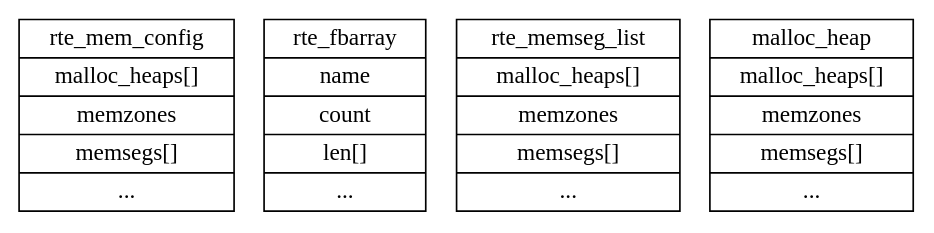
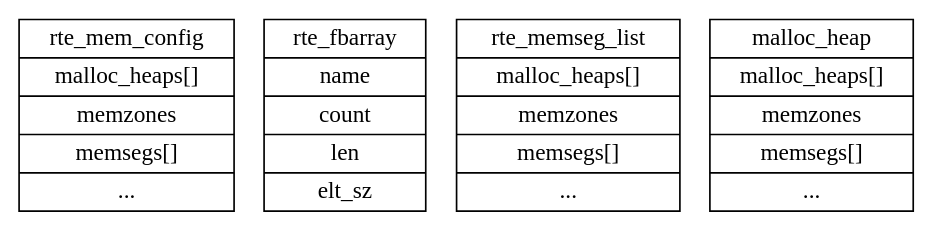
The diagram in dpdk/内存管理.md (sisyphus1212/note), drawn with Graphviz before and after one commit.

Commit message:
auto_update

````diff
--- a/dpdk/内存管理.md
+++ b/dpdk/内存管理.md
@@ -16,44 +16,44 @@
 ```graphviz
 digraph {
 	rte_mem_config[
 		label = "{
 		rte_mem_config|
         malloc_heaps[]|
 		memzones|
 		memsegs[]|
 		...
 		}",
 		shape = "record"
 	];
 	rte_fbarray[
 		label = "{
 		rte_fbarray|
         name|
 		count|
-		len[]|
-		...
+		len|
+		elt_sz
 		}",
 		shape = "record"
 	];
 	rte_memseg_list[
 		label = "{
 		rte_memseg_list|
         malloc_heaps[]|
 		memzones|
 		memsegs[]|
 		...
 		}",
 		shape = "record"
 	];
 	malloc_heap[
 		label = "{
 		malloc_heap|
         malloc_heaps[]|
 		memzones|
 		memsegs[]|
 		...
 		}",
 		shape = "record"
 	];
 }
 ```
````
